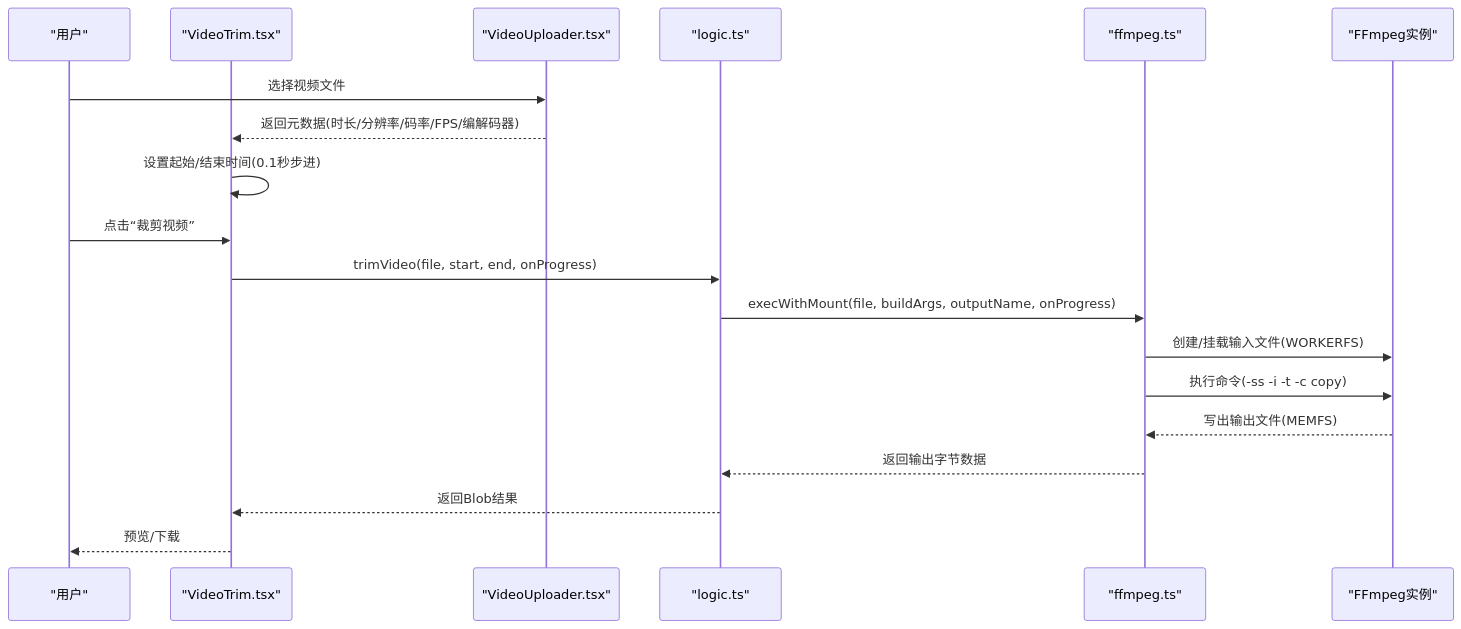
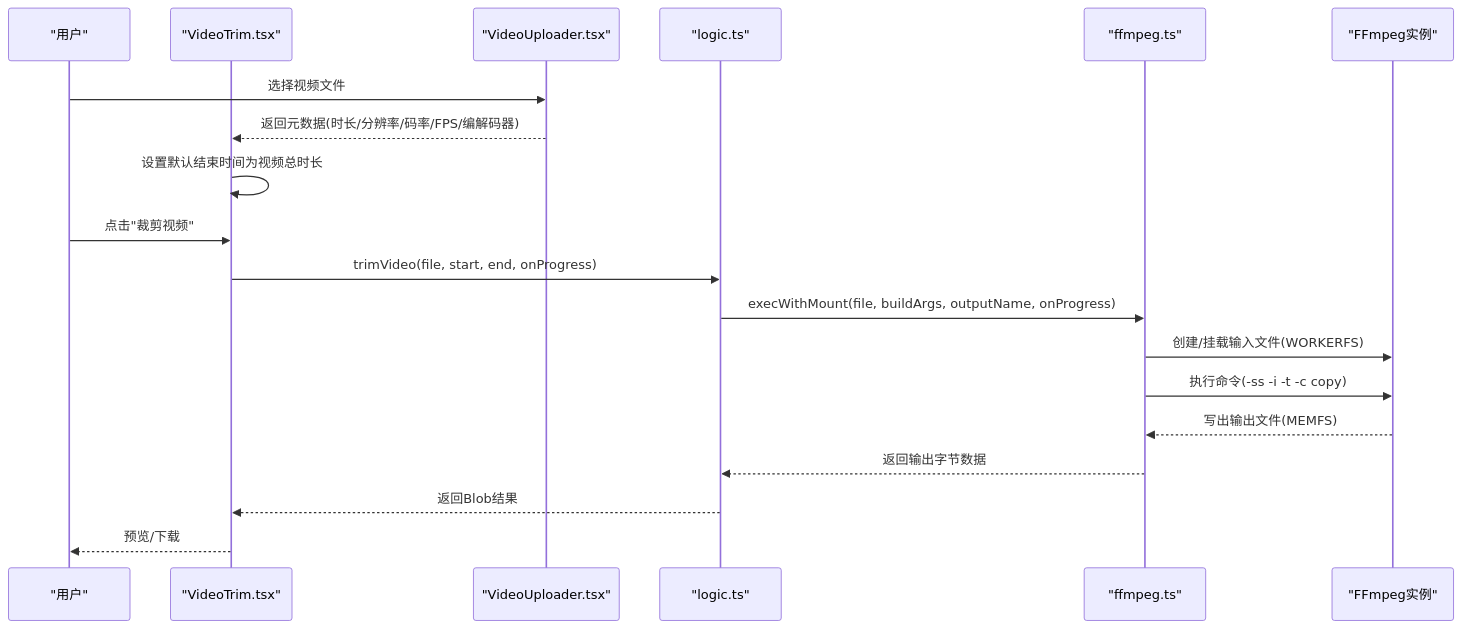
The second of 6 diagrams in .qoder/repowiki/zh/content/视频工具/视频修剪工具.md (sgyy/privadeck), drawn with Mermaid before and after one commit. The commit also changed other lines of this file and 5 other files, not shown here.

````diff
--- a/.qoder/repowiki/zh/content/视频工具/视频修剪工具.md
+++ b/.qoder/repowiki/zh/content/视频工具/视频修剪工具.md
@@ -91,21 +102,21 @@
 ```mermaid
 sequenceDiagram
 participant U as "用户"
 participant UI as "VideoTrim.tsx"
 participant VU as "VideoUploader.tsx"
 participant L as "logic.ts"
 participant F as "ffmpeg.ts"
 participant FF as "FFmpeg实例"
 U->>VU : 选择视频文件
 VU-->>UI : 返回元数据(时长/分辨率/码率/FPS/编解码器)
-UI->>UI : 设置起始/结束时间(0.1秒步进)
-U->>UI : 点击“裁剪视频”
+UI->>UI : 设置默认结束时间为视频总时长
+U->>UI : 点击"裁剪视频"
 UI->>L : trimVideo(file, start, end, onProgress)
 L->>F : execWithMount(file, buildArgs, outputName, onProgress)
 F->>FF : 创建/挂载输入文件(WORKERFS)
 F->>FF : 执行命令(-ss -i -t -c copy)
 FF-->>F : 写出输出文件(MEMFS)
 F-->>L : 返回输出字节数据
 L-->>UI : 返回Blob结果
 UI-->>U : 预览/下载
 ```
````
